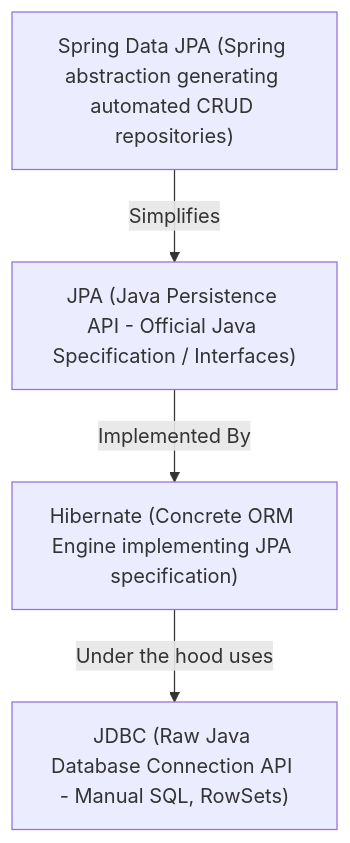
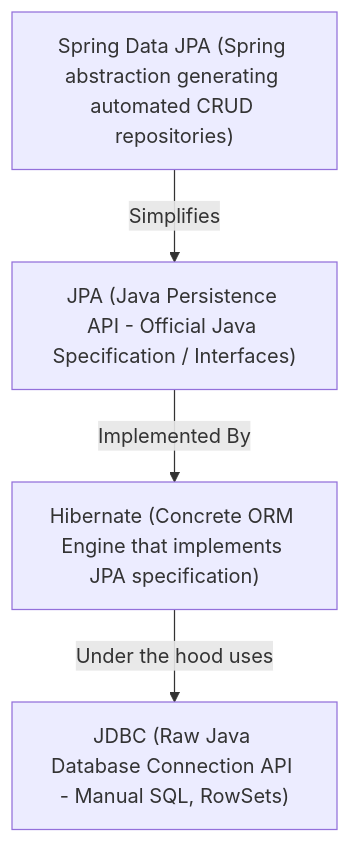
One commit to rohithgowda18/Notes changed the ninth of 23 diagrams in 06-Java-and-Spring-Boot/Spring Boot Interview Guide.md. Above: the diagram before and after it, drawn with Mermaid. The commit also changed other lines of this file, not shown here.

Commit message:
revert(spring-boot): restore guide to commit 2ed1591

````diff
--- a/06-Java-and-Spring-Boot/Spring Boot Interview Guide.md
+++ b/06-Java-and-Spring-Boot/Spring Boot Interview Guide.md
@@ -555,11 +539,11 @@
 ```mermaid
 flowchart TD
     JDBC["JDBC (Raw Java Database Connection API - Manual SQL, RowSets)"]
     JPA["JPA (Java Persistence API - Official Java Specification / Interfaces)"]
-    Hibernate["Hibernate (Concrete ORM Engine implementing JPA specification)"]
+    Hibernate["Hibernate (Concrete ORM Engine that implements JPA specification)"]
     SpringData["Spring Data JPA (Spring abstraction generating automated CRUD repositories)"]
 
-    SpringData -->|"Simplifies"| JPA
-    JPA -->|"Implemented By"| Hibernate
-    Hibernate -->|"Under the hood uses"| JDBC
+    SpringData -->|Simplifies| JPA
+    JPA -->|Implemented By| Hibernate
+    Hibernate -->|Under the hood uses| JDBC
 ```
````
